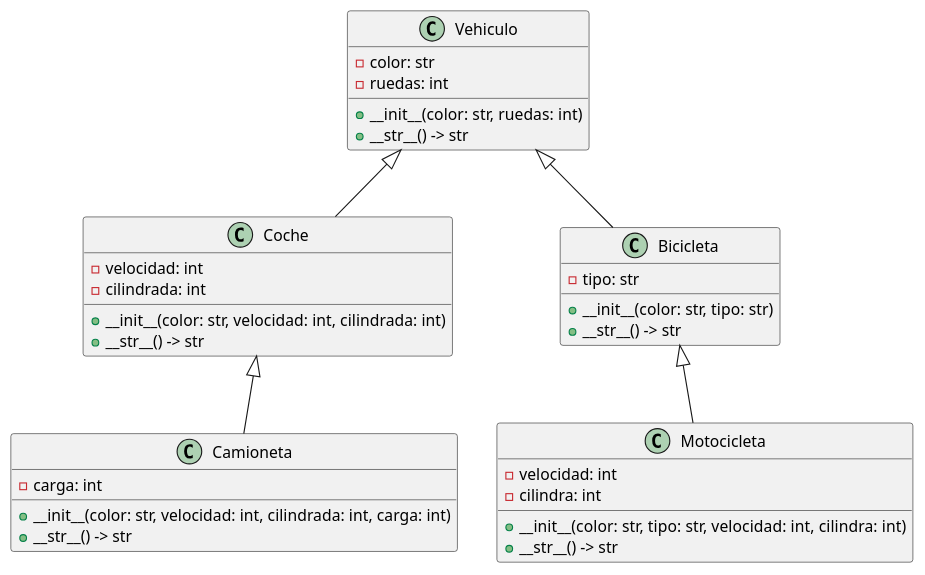
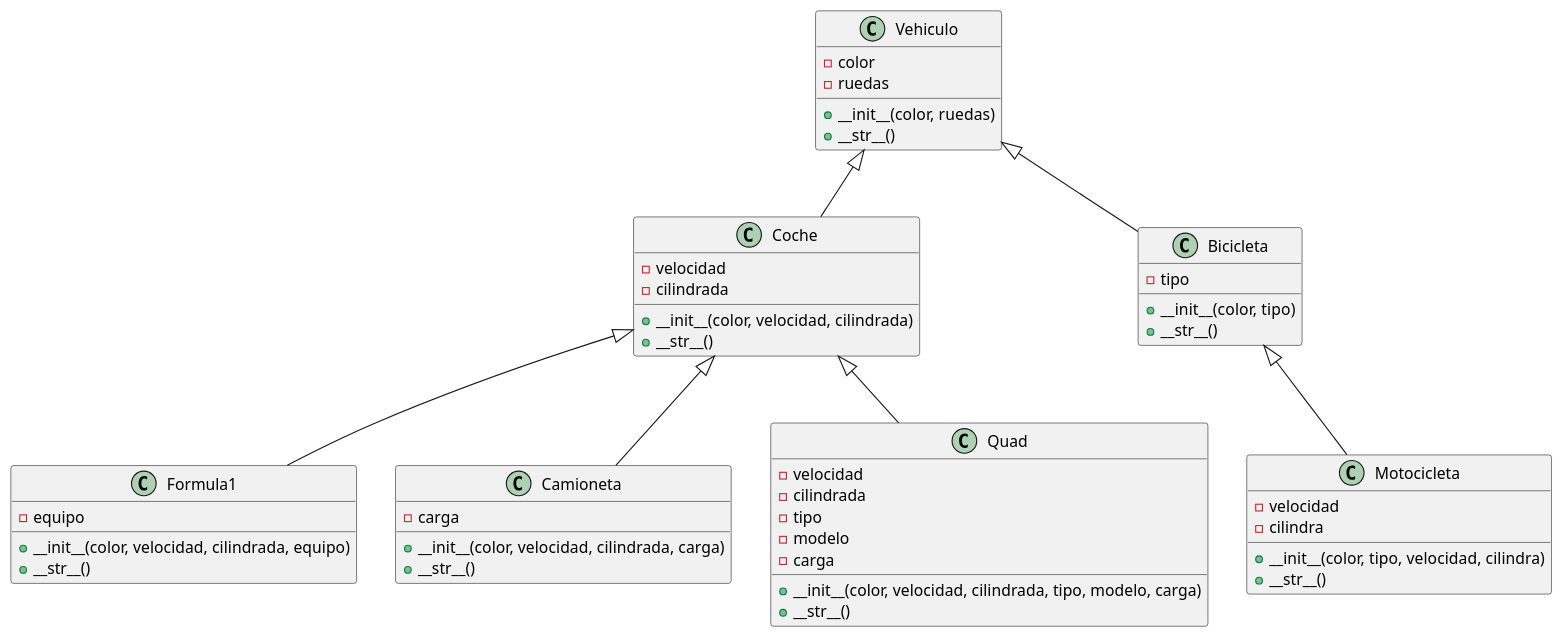
The diagram in ej1.puml (oliviaclemente/prueba1-02-03-23), drawn with PlantUML before and after one commit. The commit also changed other lines of this file and 8 other files, not shown here.

```diff
--- a/ej1.puml
+++ b/ej1.puml
@@ -1,39 +1,59 @@
 @startuml
+
 class Vehiculo {
-  -color: str
-  -ruedas: int
-  +__init__(color: str, ruedas: int)
-  +__str__() -> str
+  - color
+  - ruedas
+  + __init__(color, ruedas)
+  + __str__()
 }
 
 class Coche {
-  -velocidad: int
-  -cilindrada: int
-  +__init__(color: str, velocidad: int, cilindrada: int)
-  +__str__() -> str
+  - velocidad
+  - cilindrada
+  + __init__(color, velocidad, cilindrada)
+  + __str__()
+}
+
+class Formula1 {
+  - equipo
+  + __init__(color, velocidad, cilindrada, equipo)
+  + __str__()
 }
 
 class Camioneta {
-  -carga: int
-  +__init__(color: str, velocidad: int, cilindrada: int, carga: int)
-  +__str__() -> str
+  - carga
+  + __init__(color, velocidad, cilindrada, carga)
+  + __str__()
 }
 
 class Bicicleta {
-  -tipo: str
-  +__init__(color: str, tipo: str)
-  +__str__() -> str
+  - tipo
+  + __init__(color, tipo)
+  + __str__()
+}
+
+class Quad {
+  - velocidad
+  - cilindrada
+  - tipo
+  - modelo
+  - carga
+  + __init__(color, velocidad, cilindrada, tipo, modelo, carga)
+  + __str__()
 }
 
 class Motocicleta {
-  -velocidad: int
-  -cilindra: int
-  +__init__(color: str, tipo: str, velocidad: int, cilindra: int)
-  +__str__() -> str
+  - velocidad
+  - cilindra
+  + __init__(color, tipo, velocidad, cilindra)
+  + __str__()
 }
 
 Vehiculo <|-- Coche
+Coche <|-- Formula1
+Coche <|-- Camioneta
 Vehiculo <|-- Bicicleta
-Coche <|-- Camioneta
+Coche <|-- Quad
 Bicicleta <|-- Motocicleta
+
 @enduml
```
